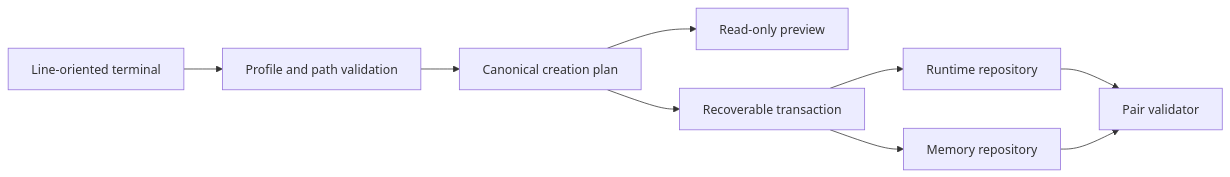
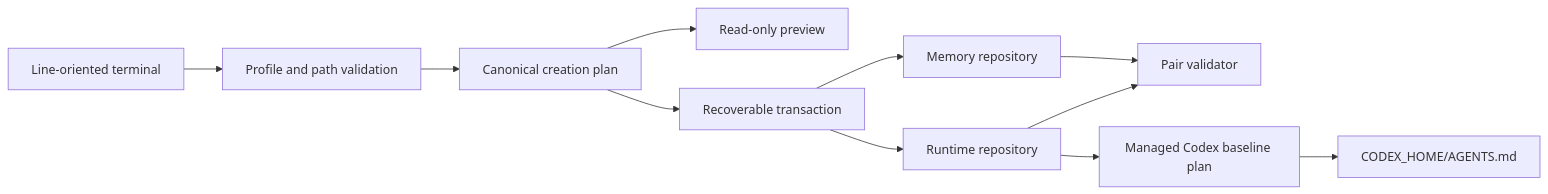
Before and after one commit to acoz-labs/my-friday: the diagram in docs/architecture.md, drawn with Mermaid. The commit also changed other lines of this file and 14 other files, not shown here.

Commit message:
feat: manage installed Codex baseline

````diff
--- a/docs/architecture.md
+++ b/docs/architecture.md
@@ -8,11 +9,13 @@
 ```mermaid
 flowchart LR
   T[Line-oriented terminal] --> P[Profile and path validation]
   P --> C[Canonical creation plan]
   C --> V[Read-only preview]
   C --> X[Recoverable transaction]
   X --> R[Runtime repository]
   X --> M[Memory repository]
   R --> Z[Pair validator]
   M --> Z
+  R --> B[Managed Codex baseline plan]
+  B --> H[CODEX_HOME/AGENTS.md]
 ```
````
